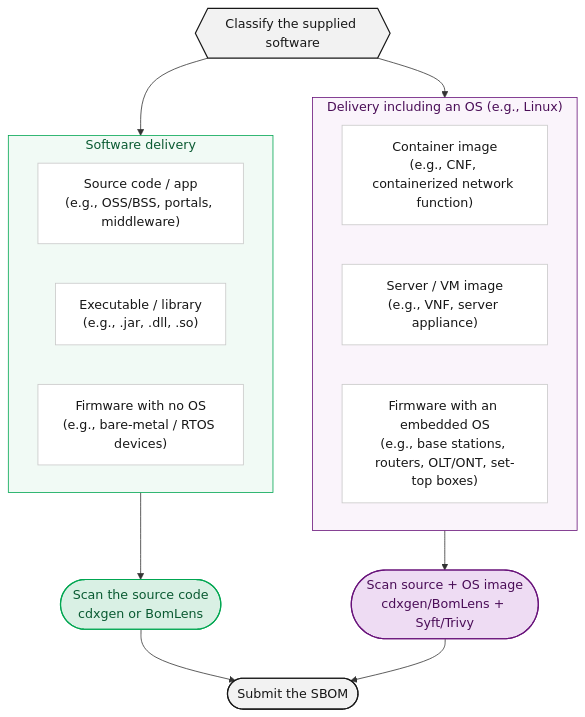
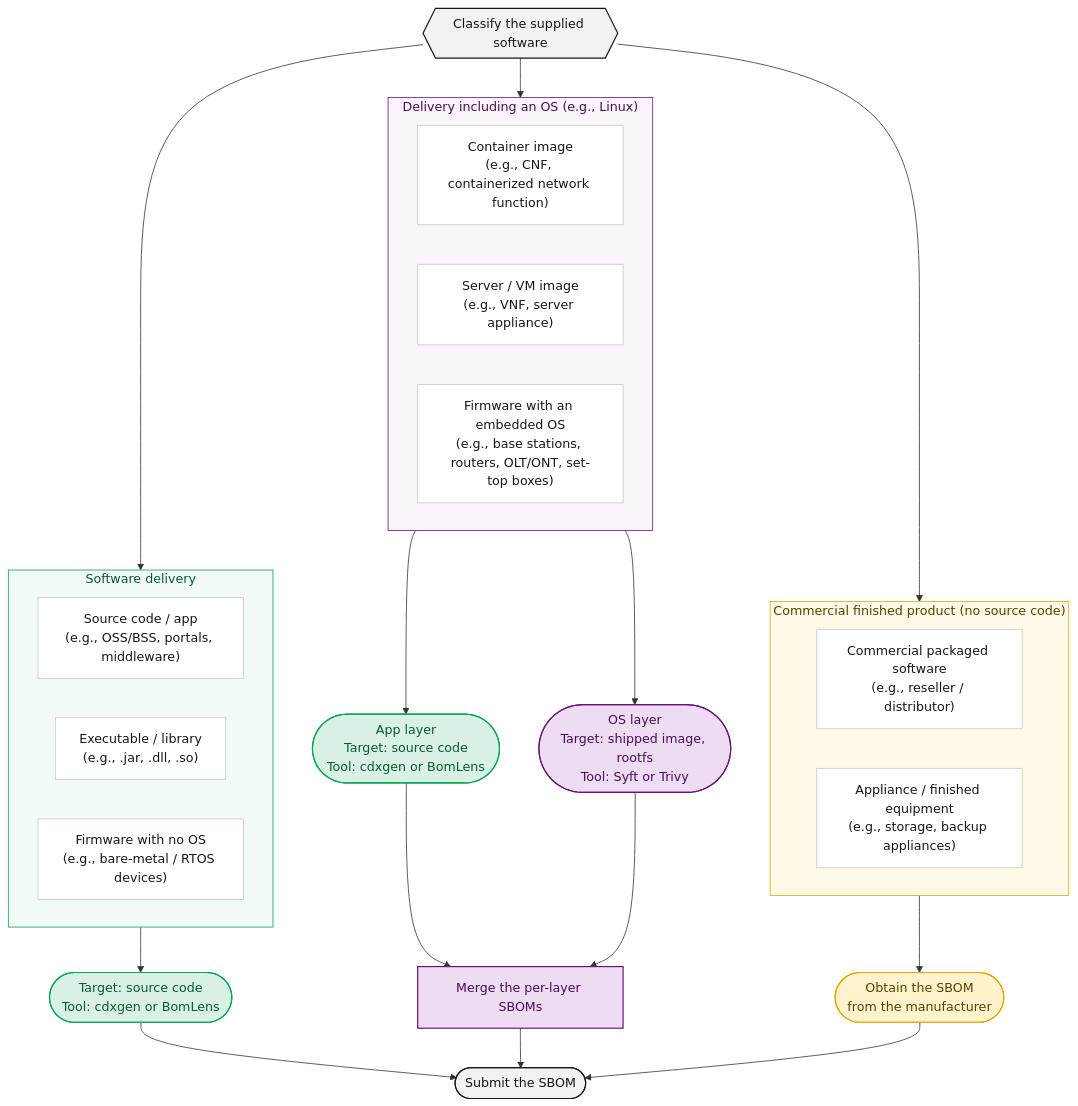
One commit to sktelecom/sktelecom.github.io changed the diagram in content/en/guide/supply-chain/for-suppliers/creation-guide/_index.md. Above: the diagram before and after it, drawn with Mermaid. The commit also changed other lines of this file and 15 other files, not shown here.

First line of the commit message:
docs(supply-chain): add commercial software supplier path and clarify tool diagram

````diff
--- a/content/en/guide/supply-chain/for-suppliers/creation-guide/_index.md
+++ b/content/en/guide/supply-chain/for-suppliers/creation-guide/_index.md
@@ -14,40 +14,59 @@
 ```mermaid
 graph TD
     A{{"Classify the supplied software"}}
 
     subgraph G1["Software delivery"]
       direction LR
       T1["Source code / app<br>(e.g., OSS/BSS, portals, middleware)"]
       T2["Executable / library<br>(e.g., .jar, .dll, .so)"]
       T3["Firmware with no OS<br>(e.g., bare-metal / RTOS devices)"]
     end
 
     subgraph G2["Delivery including an OS (e.g., Linux)"]
       direction LR
       T4["Container image<br>(e.g., CNF, containerized network function)"]
       T5["Server / VM image<br>(e.g., VNF, server appliance)"]
       T6["Firmware with an embedded OS<br>(e.g., base stations, routers, OLT/ONT, set-top boxes)"]
     end
 
+    subgraph G3["Commercial finished product (no source code)"]
+      direction LR
+      T7["Commercial packaged software<br>(e.g., reseller / distributor)"]
+      T8["Appliance / finished equipment<br>(e.g., storage, backup appliances)"]
+    end
+
     A --> G1
     A --> G2
-    G1 --> M1(["Scan the source code<br>cdxgen or BomLens"])
-    G2 --> M2(["Scan source + OS image<br>cdxgen/BomLens + Syft/Trivy"])
+    A --> G3
+
+    G1 --> M1(["Target: source code<br>Tool: cdxgen or BomLens"])
+
+    G2 --> L1(["App layer<br>Target: source code<br>Tool: cdxgen or BomLens"])
+    G2 --> L2(["OS layer<br>Target: shipped image, rootfs<br>Tool: Syft or Trivy"])
+    L1 --> MG["Merge the per-layer SBOMs"]
+    L2 --> MG
+
+    G3 --> M3(["Obtain the SBOM<br>from the manufacturer"])
+
     M1 --> P(["Submit the SBOM"])
-    M2 --> P
+    MG --> P
+    M3 --> P
 
     classDef start fill:#F2F2F2,stroke:#171717,color:#171717,stroke-width:1.5px
     classDef typebox fill:#ffffff,stroke:#c8c8c8,color:#171717,stroke-width:1px
     classDef source fill:#D9F0E4,stroke:#00A651,color:#0A5A32,stroke-width:1.5px
     classDef osmerge fill:#EEDCF3,stroke:#68127A,color:#4A0D57,stroke-width:1.5px
+    classDef vendor fill:#FFF3CD,stroke:#E0A800,color:#5A4100,stroke-width:1.5px
     classDef submit fill:#F2F2F2,stroke:#171717,color:#171717,stroke-width:1.5px
 
     class A start
-    class T1,T2,T3,T4,T5,T6 typebox
-    class M1 source
-    class M2 osmerge
+    class T1,T2,T3,T4,T5,T6,T7,T8 typebox
+    class M1,L1 source
+    class L2,MG osmerge
+    class M3 vendor
     class P submit
 
     style G1 fill:#F1FAF5,stroke:#00A651,stroke-width:1px,color:#0A5A32
     style G2 fill:#FAF4FB,stroke:#68127A,stroke-width:1px,color:#4A0D57
+    style G3 fill:#FFF9E8,stroke:#E0A800,stroke-width:1px,color:#5A4100
 ```
````
